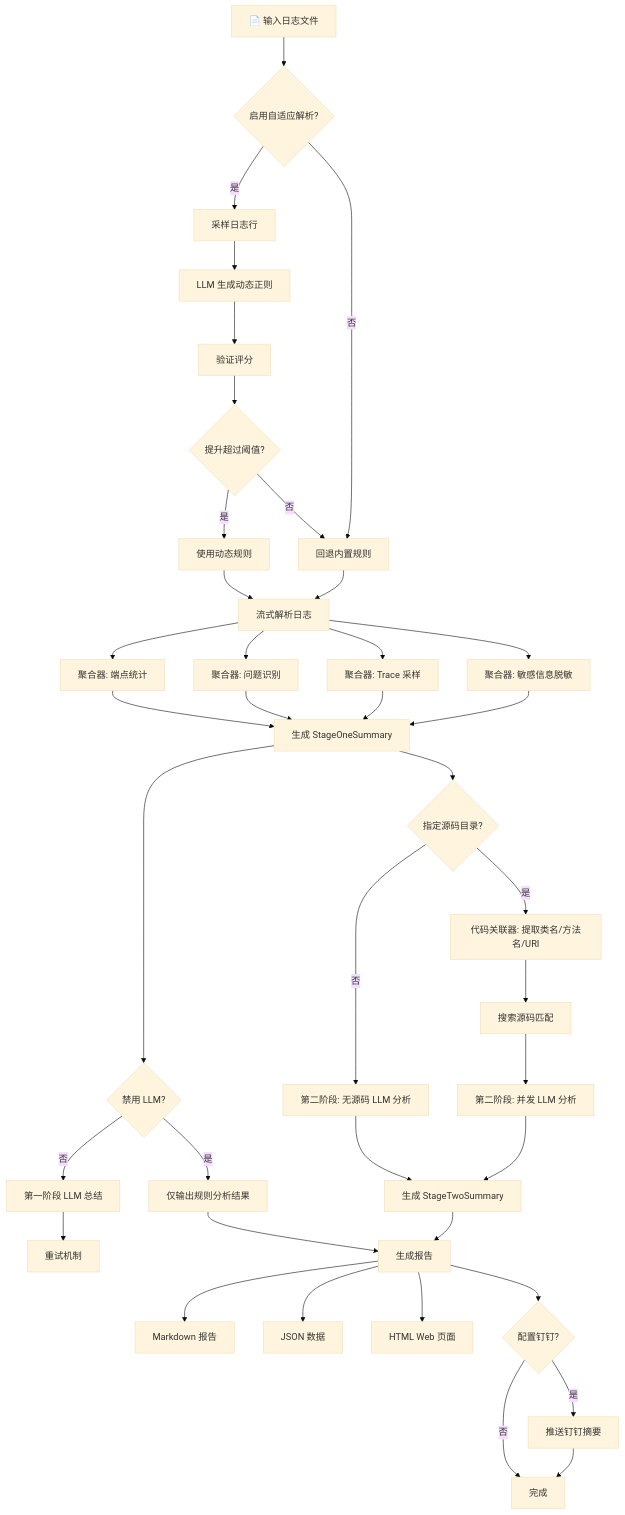
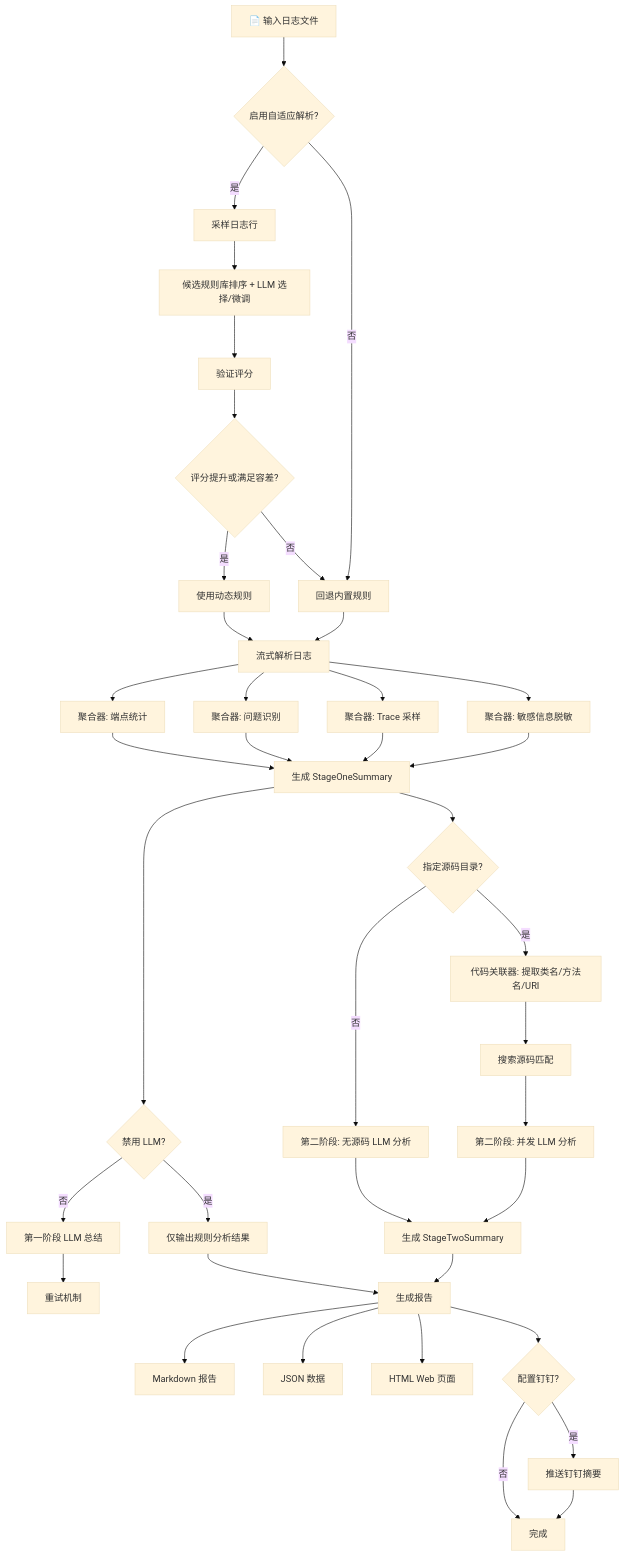
Before and after one commit to 939740372/log-analysis: the first of 3 diagrams in README.md, drawn with Mermaid (base theme). The commit also changed other lines of this file and 6 other files, not shown here.

````diff
--- a/README.md
+++ b/README.md
@@ -126,49 +282,49 @@
 ```mermaid
 flowchart TD
     A[📄 输入日志文件] --> B{启用自适应解析?}
     B -->|是| C[采样日志行]
-    C --> D[LLM 生成动态正则]
+    C --> D[候选规则库排序 + LLM 选择/微调]
     D --> E[验证评分]
-    E --> F{提升超过阈值?}
+    E --> F{评分提升或满足容差?}
     F -->|是| G[使用动态规则]
     F -->|否| H[回退内置规则]
     B -->|否| H
 
     G --> I[流式解析日志]
     H --> I
 
     I --> J[聚合器: 端点统计]
     I --> K[聚合器: 问题识别]
     I --> L[聚合器: Trace 采样]
     I --> M[聚合器: 敏感信息脱敏]
 
     J --> N[生成 StageOneSummary]
     K --> N
     L --> N
     M --> N
 
     N --> O{禁用 LLM?}
     O -->|是| P[仅输出规则分析结果]
     O -->|否| Q[第一阶段 LLM 总结]
     Q --> R[重试机制]
 
     N --> S{指定源码目录?}
     S -->|否| T[第二阶段: 无源码 LLM 分析]
     S -->|是| U[代码关联器: 提取类名/方法名/URI]
     U --> V[搜索源码匹配]
     V --> W[第二阶段: 并发 LLM 分析]
 
     T --> X[生成 StageTwoSummary]
     W --> X
 
     P --> Y[生成报告]
     X --> Y
 
     Y --> Z1[Markdown 报告]
     Y --> Z2[JSON 数据]
     Y --> Z3[HTML Web 页面]
     Y --> Z4{配置钉钉?}
     Z4 -->|是| Z5[推送钉钉摘要]
     Z4 -->|否| Z6[完成]
     Z5 --> Z6
 ```
````
